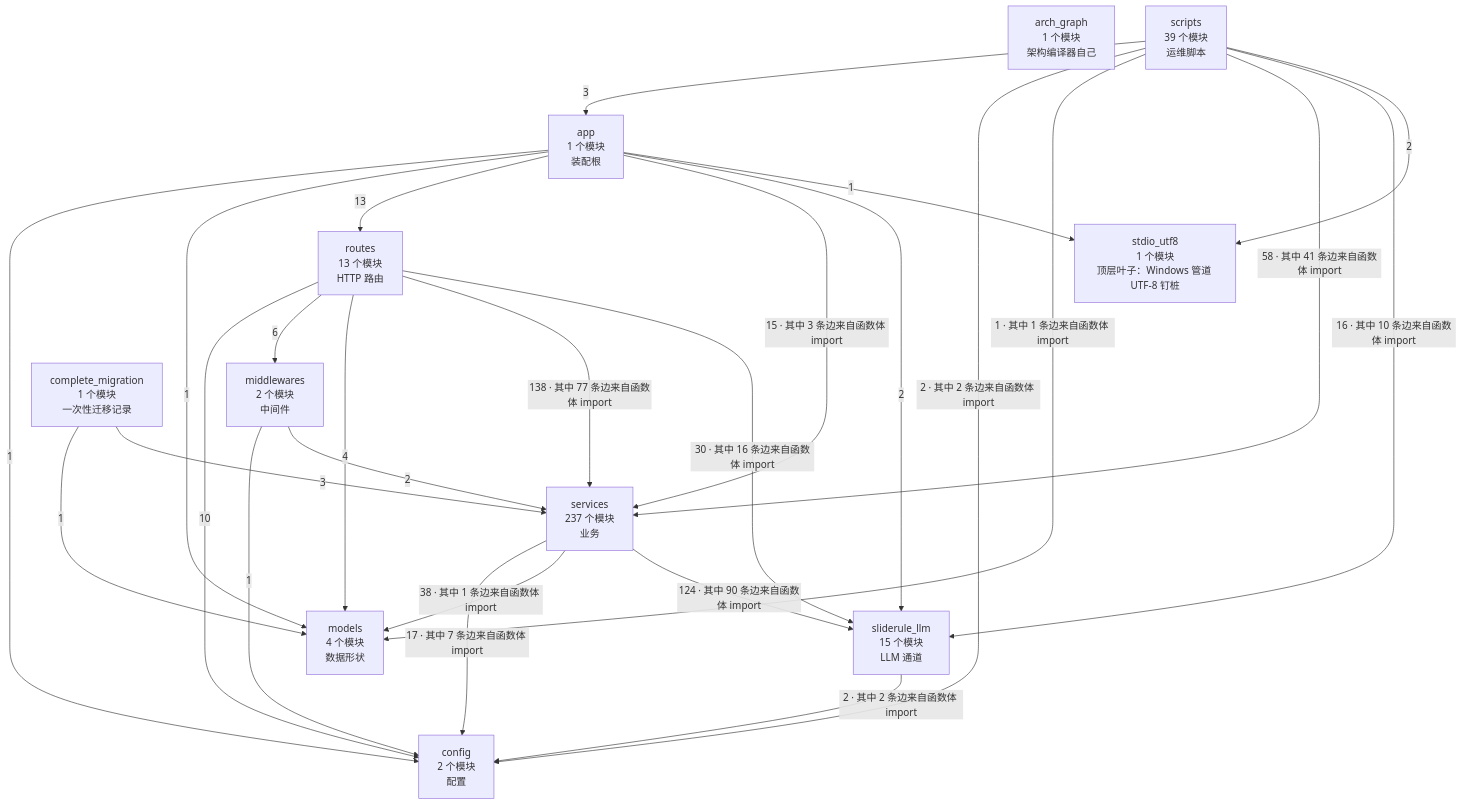
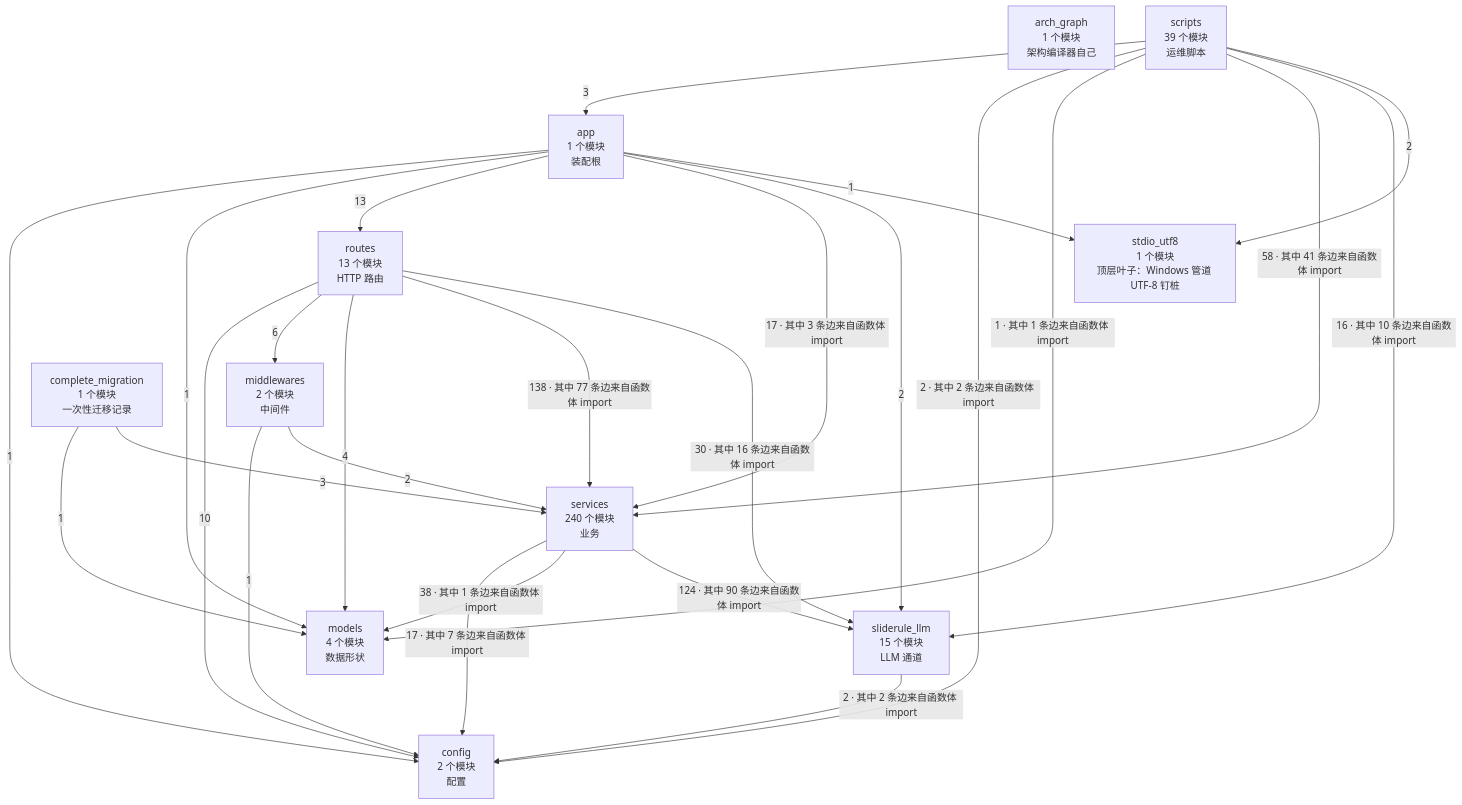
Before and after one commit to 2686521696/WhyBuddy: the second of 4 diagrams in docs/SlideRule V6.2 架构图（自动生成）.md, drawn with Mermaid. The commit also changed other lines of this file and 18 other files, not shown here.

````diff
--- a/docs/SlideRule V6.2 架构图（自动生成）.md
+++ b/docs/SlideRule V6.2 架构图（自动生成）.md
@@ -62,39 +62,39 @@
 ```mermaid
 flowchart TB
   arch_graph["arch_graph<br/>1 个模块<br/>架构编译器自己"]
   config["config<br/>2 个模块<br/>配置"]
   models["models<br/>4 个模块<br/>数据形状"]
   stdio_utf8["stdio_utf8<br/>1 个模块<br/>顶层叶子：Windows 管道 UTF-8 钉桩"]
   sliderule_llm["sliderule_llm<br/>15 个模块<br/>LLM 通道"]
   middlewares["middlewares<br/>2 个模块<br/>中间件"]
-  services["services<br/>237 个模块<br/>业务"]
+  services["services<br/>240 个模块<br/>业务"]
   routes["routes<br/>13 个模块<br/>HTTP 路由"]
   app["app<br/>1 个模块<br/>装配根"]
   complete_migration["complete_migration<br/>1 个模块<br/>一次性迁移记录"]
   scripts["scripts<br/>39 个模块<br/>运维脚本"]
   app -->|1| config
   app -->|1| models
   app -->|13| routes
-  app -->|15 · 其中 3 条边来自函数体 import| services
+  app -->|17 · 其中 3 条边来自函数体 import| services
   app -->|2| sliderule_llm
   app -->|1| stdio_utf8
   complete_migration -->|1| models
   complete_migration -->|3| services
   middlewares -->|1| config
   middlewares -->|2| services
   routes -->|10| config
   routes -->|6| middlewares
   routes -->|4| models
   routes -->|138 · 其中 77 条边来自函数体 import| services
   routes -->|30 · 其中 16 条边来自函数体 import| sliderule_llm
   scripts -->|3| app
   scripts -->|2 · 其中 2 条边来自函数体 import| config
   scripts -->|1 · 其中 1 条边来自函数体 import| models
   scripts -->|58 · 其中 41 条边来自函数体 import| services
   scripts -->|16 · 其中 10 条边来自函数体 import| sliderule_llm
   scripts -->|2| stdio_utf8
   services -->|17 · 其中 7 条边来自函数体 import| config
   services -->|38 · 其中 1 条边来自函数体 import| models
   services -->|124 · 其中 90 条边来自函数体 import| sliderule_llm
   sliderule_llm -->|2 · 其中 2 条边来自函数体 import| config
 ```
````
